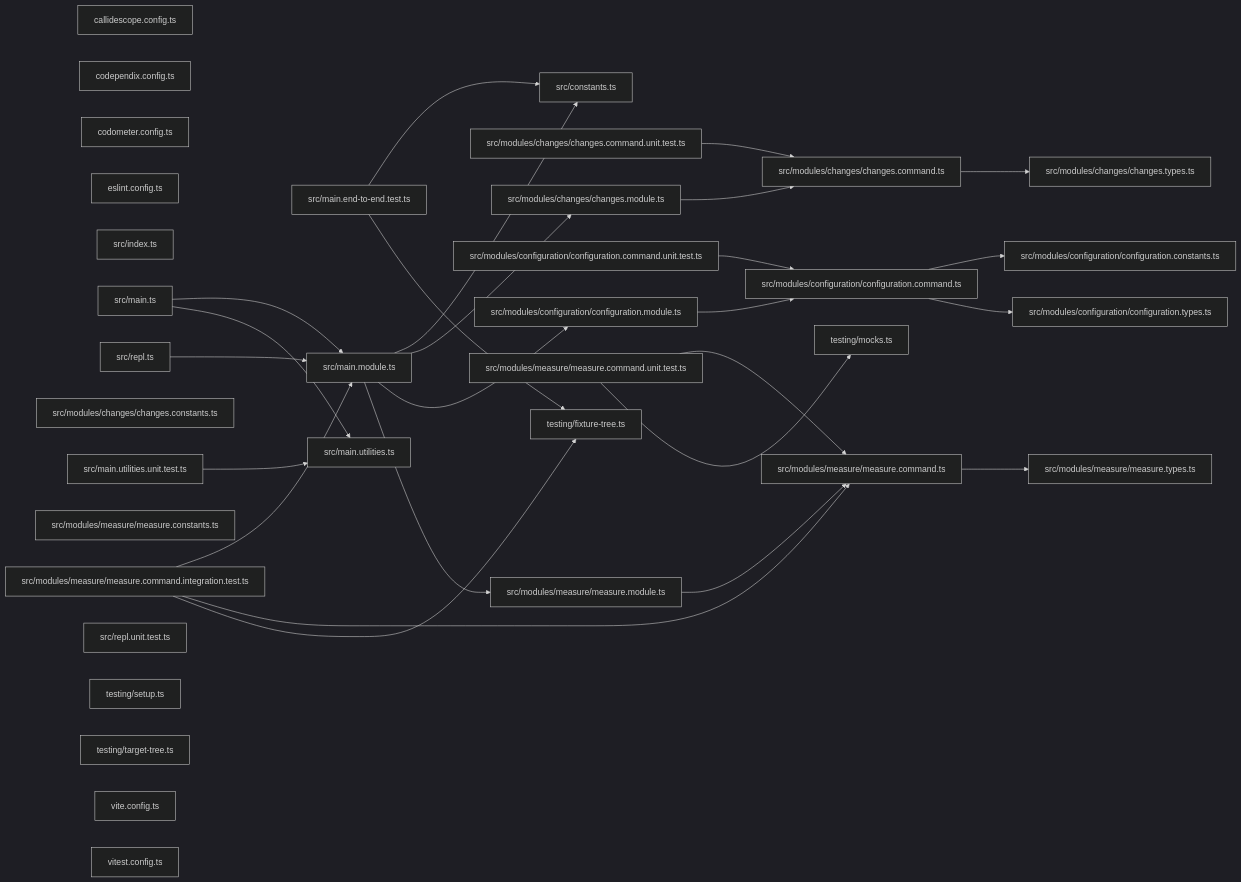
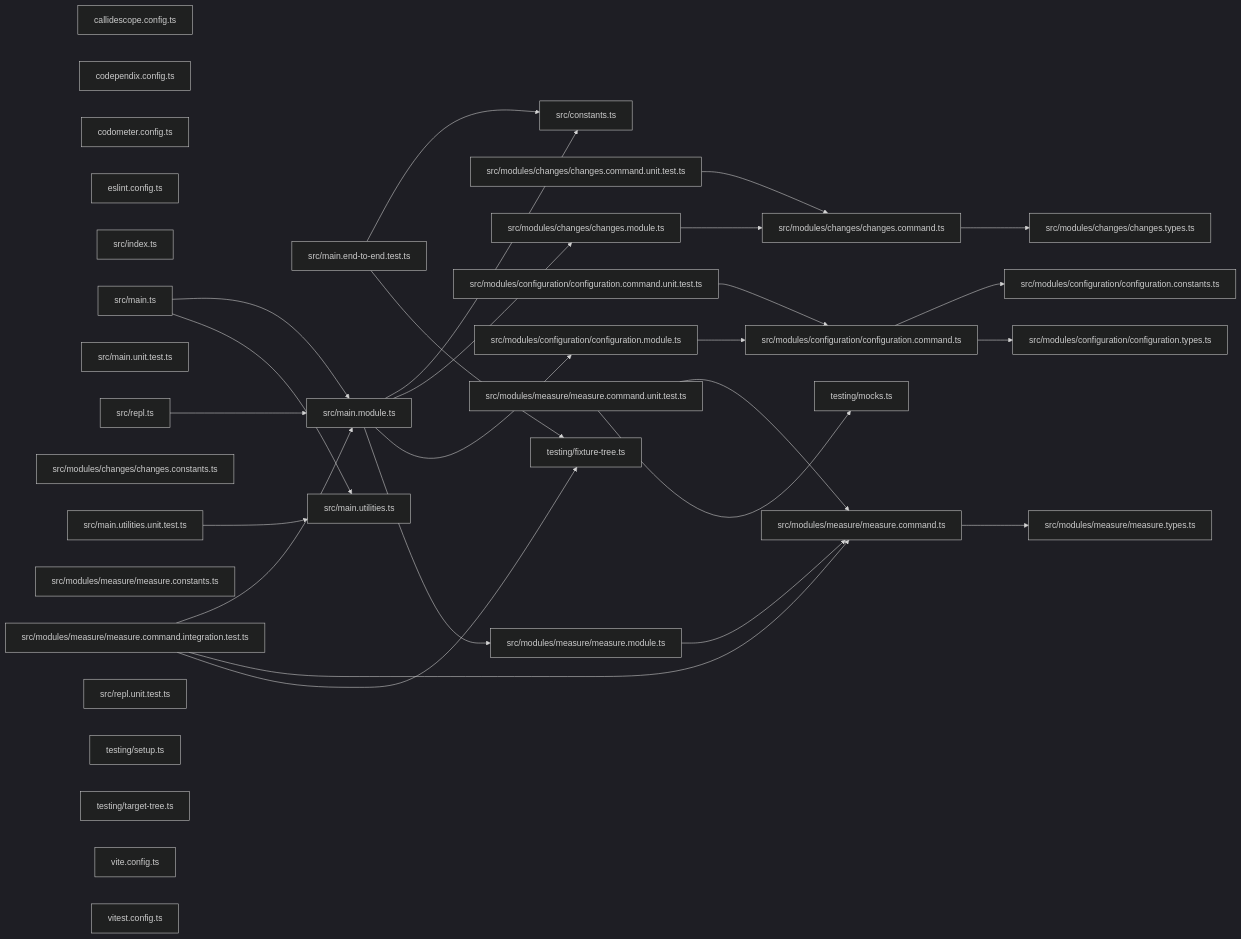
Before and after one commit to Organizzolini/codebase: the third of 3 diagrams in packages/ic-suite/codometer/codometer-cli/README.md, drawn with Mermaid (dark theme). The commit also changed 3 other files, not shown here.

````diff
--- a/packages/ic-suite/codometer/codometer-cli/README.md
+++ b/packages/ic-suite/codometer/codometer-cli/README.md
@@ -987,62 +987,63 @@
 ```mermaid
 graph LR
   file_callidescope_config_ts["callidescope.config.ts"]
   file_codependix_config_ts["codependix.config.ts"]
   file_codometer_config_ts["codometer.config.ts"]
   file_eslint_config_ts["eslint.config.ts"]
   file_src_constants_ts["src/constants.ts"]
   file_src_index_ts["src/index.ts"]
   file_src_main_end_to_end_test_ts["src/main.end-to-end.test.ts"]
   file_src_main_module_ts["src/main.module.ts"]
   file_src_main_ts["src/main.ts"]
+  file_src_main_unit_test_ts["src/main.unit.test.ts"]
   file_src_main_utilities_ts["src/main.utilities.ts"]
   file_src_main_utilities_unit_test_ts["src/main.utilities.unit.test.ts"]
   file_src_modules_changes_changes_command_ts["src/modules/changes/changes.command.ts"]
   file_src_modules_changes_changes_command_unit_test_ts["src/modules/changes/changes.command.unit.test.ts"]
   file_src_modules_changes_changes_constants_ts["src/modules/changes/changes.constants.ts"]
   file_src_modules_changes_changes_module_ts["src/modules/changes/changes.module.ts"]
   file_src_modules_changes_changes_types_ts["src/modules/changes/changes.types.ts"]
   file_src_modules_configuration_configuration_command_ts["src/modules/configuration/configuration.command.ts"]
   file_src_modules_configuration_configuration_command_unit_test_ts["src/modules/configuration/configuration.command.unit.test.ts"]
   file_src_modules_configuration_configuration_constants_ts["src/modules/configuration/configuration.constants.ts"]
   file_src_modules_configuration_configuration_module_ts["src/modules/configuration/configuration.module.ts"]
   file_src_modules_configuration_configuration_types_ts["src/modules/configuration/configuration.types.ts"]
   file_src_modules_measure_measure_command_integration_test_ts["src/modules/measure/measure.command.integration.test.ts"]
   file_src_modules_measure_measure_command_ts["src/modules/measure/measure.command.ts"]
   file_src_modules_measure_measure_command_unit_test_ts["src/modules/measure/measure.command.unit.test.ts"]
   file_src_modules_measure_measure_constants_ts["src/modules/measure/measure.constants.ts"]
   file_src_modules_measure_measure_module_ts["src/modules/measure/measure.module.ts"]
   file_src_modules_measure_measure_types_ts["src/modules/measure/measure.types.ts"]
   file_src_repl_ts["src/repl.ts"]
   file_src_repl_unit_test_ts["src/repl.unit.test.ts"]
   file_testing_fixture_tree_ts["testing/fixture-tree.ts"]
   file_testing_mocks_ts["testing/mocks.ts"]
   file_testing_setup_ts["testing/setup.ts"]
   file_testing_target_tree_ts["testing/target-tree.ts"]
   file_vite_config_ts["vite.config.ts"]
   file_vitest_config_ts["vitest.config.ts"]
   file_src_main_end_to_end_test_ts --> file_src_constants_ts
   file_src_main_end_to_end_test_ts --> file_testing_fixture_tree_ts
   file_src_main_module_ts --> file_src_constants_ts
   file_src_main_module_ts --> file_src_modules_changes_changes_module_ts
   file_src_main_module_ts --> file_src_modules_configuration_configuration_module_ts
   file_src_main_module_ts --> file_src_modules_measure_measure_module_ts
   file_src_main_ts --> file_src_main_module_ts
   file_src_main_ts --> file_src_main_utilities_ts
   file_src_main_utilities_unit_test_ts --> file_src_main_utilities_ts
   file_src_modules_changes_changes_command_ts --> file_src_modules_changes_changes_types_ts
   file_src_modules_changes_changes_command_unit_test_ts --> file_src_modules_changes_changes_command_ts
   file_src_modules_changes_changes_module_ts --> file_src_modules_changes_changes_command_ts
   file_src_modules_configuration_configuration_command_ts --> file_src_modules_configuration_configuration_constants_ts
   file_src_modules_configuration_configuration_command_ts --> file_src_modules_configuration_configuration_types_ts
   file_src_modules_configuration_configuration_command_unit_test_ts --> file_src_modules_configuration_configuration_command_ts
   file_src_modules_configuration_configuration_module_ts --> file_src_modules_configuration_configuration_command_ts
   file_src_modules_measure_measure_command_integration_test_ts --> file_src_main_module_ts
   file_src_modules_measure_measure_command_integration_test_ts --> file_src_modules_measure_measure_command_ts
   file_src_modules_measure_measure_command_integration_test_ts --> file_testing_fixture_tree_ts
   file_src_modules_measure_measure_command_ts --> file_src_modules_measure_measure_types_ts
   file_src_modules_measure_measure_command_unit_test_ts --> file_src_modules_measure_measure_command_ts
   file_src_modules_measure_measure_command_unit_test_ts --> file_testing_mocks_ts
   file_src_modules_measure_measure_module_ts --> file_src_modules_measure_measure_command_ts
   file_src_repl_ts --> file_src_main_module_ts
 ```
````
